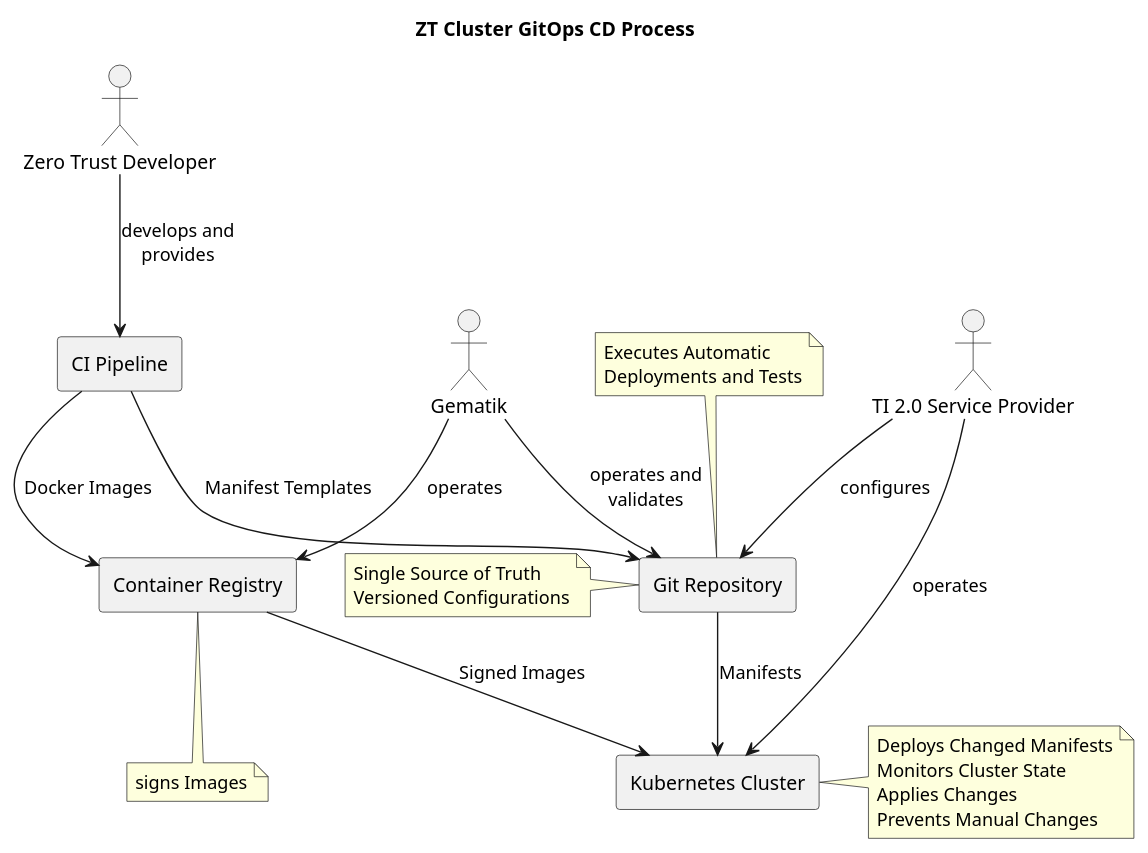
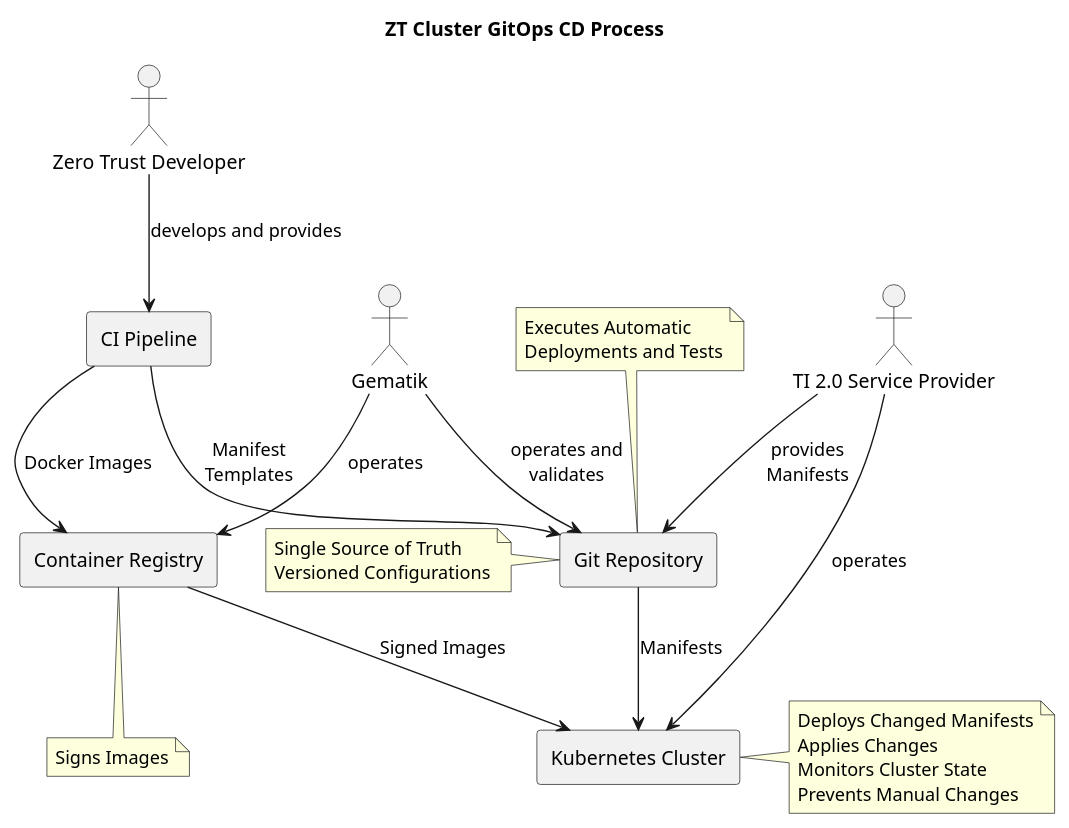
One commit to gematik/spec-t20r changed the diagram in src/plantuml/ZT_Cluster_GitOps_CD_Process.puml. Above: the diagram before and after it, drawn with PlantUML.

```diff
--- a/src/plantuml/ZT_Cluster_GitOps_CD_Process.puml
+++ b/src/plantuml/ZT_Cluster_GitOps_CD_Process.puml
@@ -1,31 +1,29 @@
 @startuml "ZT_Cluster_GitOps_CD_Process"
 title ZT Cluster GitOps CD Process
 
 actor "Zero Trust Developer" as ZT
 actor "Gematik" as GEM
 actor "TI 2.0 Service Provider" as TSP
 
 rectangle "Git Repository" as GIT
 rectangle "Container Registry" as REG
 rectangle "CI Pipeline" as CI
 rectangle "Kubernetes Cluster" as K8S
 
-ZT --> CI: develops and\nprovides
+ZT --> CI: develops and provides
 GEM --> REG: operates
-TSP --> GIT: configures
+TSP --> GIT: provides\nManifests
 GEM --> GIT: operates and\nvalidates
 TSP --> K8S: operates
 
-CI --> GIT: Manifest Templates
+CI --> GIT: Manifest\nTemplates
 CI --> REG : Docker Images
 GIT --> K8S : Manifests
 REG --> K8S : Signed Images
 
-note right of K8S: Deploys Changed Manifests\nMonitors Cluster State\nApplies Changes\nPrevents Manual Changes
+note right of K8S: Deploys Changed Manifests\nApplies Changes\nMonitors Cluster State\nPrevents Manual Changes
+note left of GIT: Single Source of Truth\nVersioned Configurations
+note bottom of REG: Signs Images
+note top of GIT: Executes Automatic\nDeployments and Tests
 
-note left of GIT: Single Source of Truth\nVersioned Configurations
-
-note bottom of REG: signs Images
-
-note top of GIT: Executes Automatic\nDeployments and Tests
 @enduml
```
